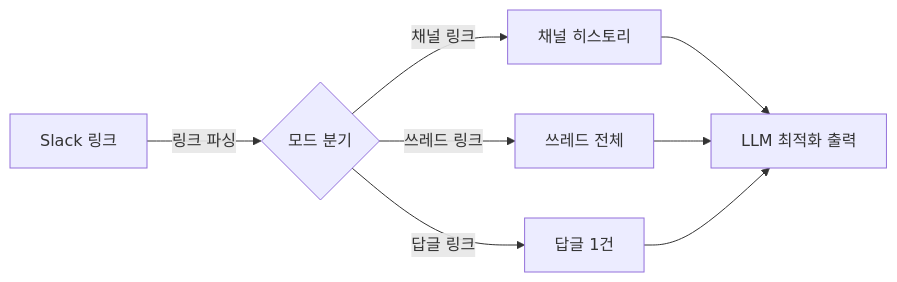
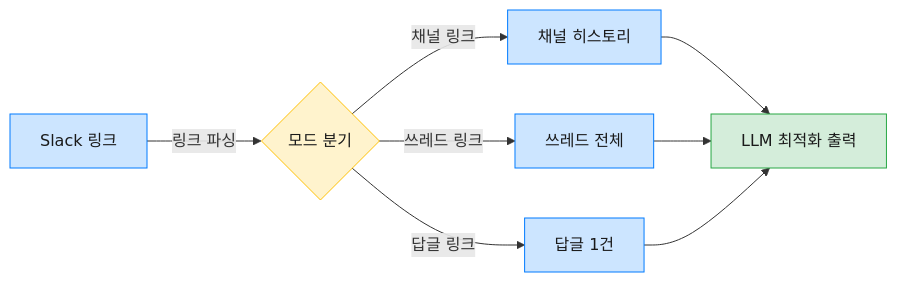
One commit to Epikoding/epikoding.github.io changed the diagram in _posts/2026-03-04-slack-thread-reader-v2.md. Above: the diagram before and after it, drawn with Mermaid. The commit also changed other lines of this file, not shown here.

Commit message:
blog: round 8 - Style 최종 수정 (Mermaid 스타일, thundering herd 설명, 종결어미 변주)

````diff
--- a/_posts/2026-03-04-slack-thread-reader-v2.md
+++ b/_posts/2026-03-04-slack-thread-reader-v2.md
@@ -24,10 +24,14 @@
 ```mermaid
 flowchart LR
-    A[Slack 링크] -->|링크 파싱| B{모드 분기}
-    B -->|채널 링크| C[채널 히스토리]
-    B -->|쓰레드 링크| D[쓰레드 전체]
-    B -->|답글 링크| E[답글 1건]
-    C --> F[LLM 최적화 출력]
+    classDef process fill:#cce5ff,stroke:#007bff,color:#1a1a1a
+    classDef decision fill:#fff3cd,stroke:#ffc107,color:#1a1a1a
+    classDef result fill:#d4edda,stroke:#28a745,color:#1a1a1a
+
+    A[Slack 링크]:::process -->|링크 파싱| B{모드 분기}:::decision
+    B -->|채널 링크| C[채널 히스토리]:::process
+    B -->|쓰레드 링크| D[쓰레드 전체]:::process
+    B -->|답글 링크| E[답글 1건]:::process
+    C --> F[LLM 최적화 출력]:::result
     D --> F
     E --> F
 ```
````
